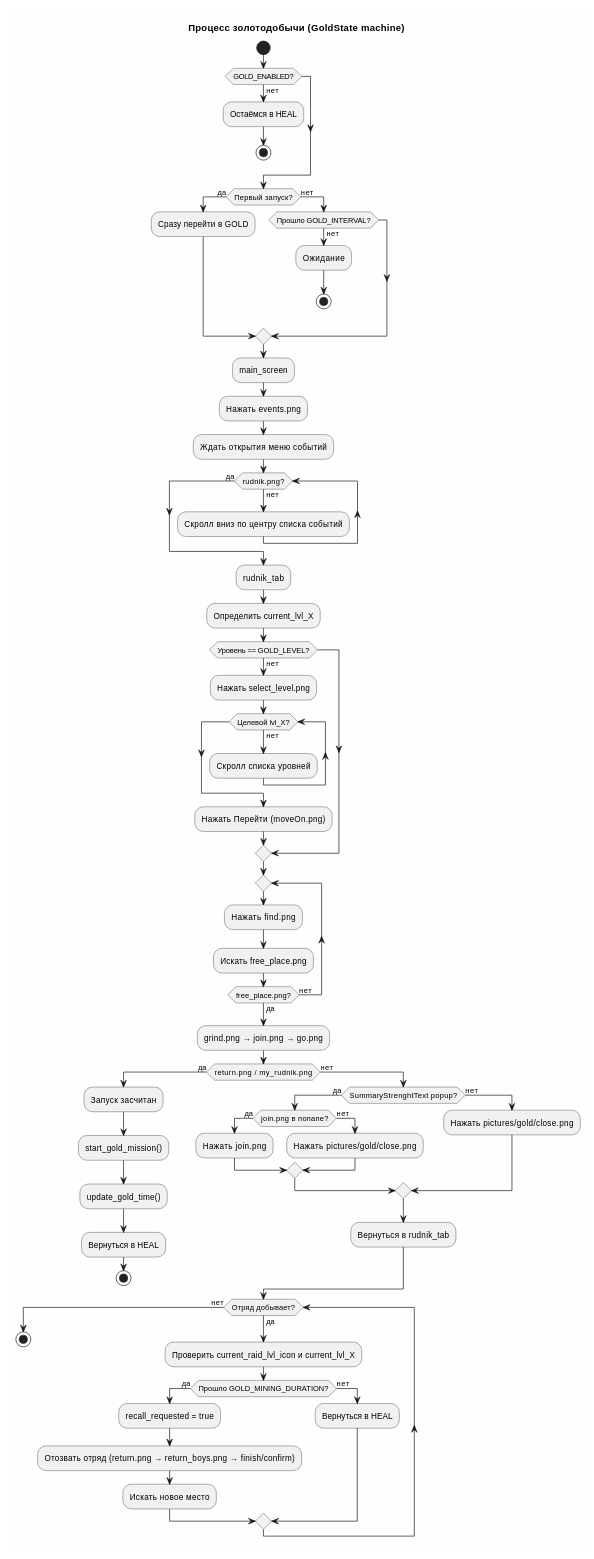
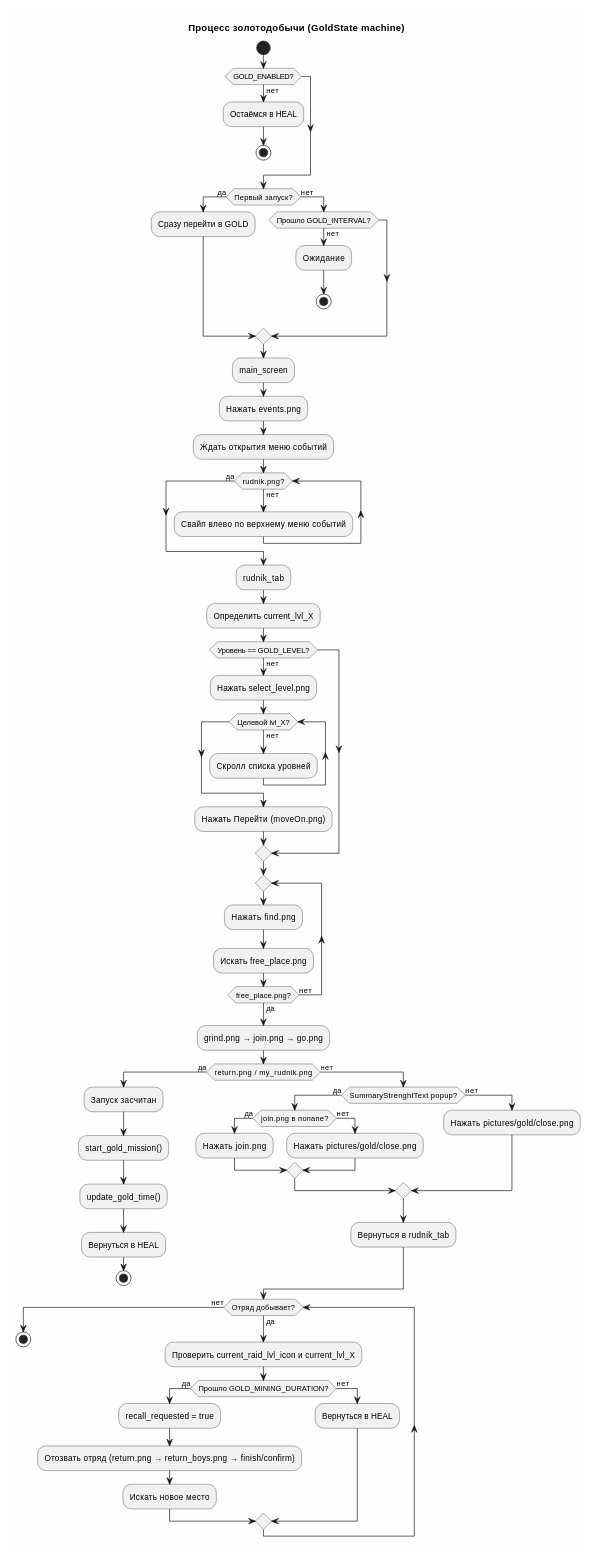
The fifth of 5 diagrams in README.md (Skoromolov/TilesSurvive), drawn with PlantUML before and after one commit. The commit also changed other lines of this file and 1 other file, not shown here.

Commit message:
fix: events navigation - swipe left then right in top menu instead of vertical scroll down

````diff
--- a/README.md
+++ b/README.md
@@ -367,81 +367,81 @@
 ```plantuml
 @startuml
 skinparam backgroundColor #FEFEFE
 title Процесс золотодобычи (GoldState machine)
 
 start
 
 if (GOLD_ENABLED?) then (нет)
   :Остаёмся в HEAL;
   stop
 endif
 
 if (Первый запуск?) then (да)
   :Сразу перейти в GOLD;
 else (нет)
   if (Прошло GOLD_INTERVAL?) then (нет)
     :Ожидание;
     stop
   endif
 endif
 
 :main_screen;
 :Нажать events.png;
 :Ждать открытия меню событий;
 
 while (rudnik.png?) is (нет)
-  :Скролл вниз по центру списка событий;
+  :Свайп влево по верхнему меню событий;
 endwhile (да)
 
 :rudnik_tab;
 :Определить current_lvl_X;
 
 if (Уровень == GOLD_LEVEL?) then (нет)
   :Нажать select_level.png;
   while (Целевой lvl_X?) is (нет)
     :Скролл списка уровней;
   endwhile
   :Нажать Перейти (moveOn.png);
 endif
 
 repeat
   :Нажать find.png;
   :Искать free_place.png;
 repeat while (free_place.png?) is (нет) not (да)
 
 :grind.png → join.png → go.png;
 
 if (return.png / my_rudnik.png) then (да)
   :Запуск засчитан;
   :start_gold_mission();
   :update_gold_time();
   :Вернуться в HEAL;
   stop
 else (нет)
   if (SummaryStrenghtText popup?) then (да)
     if (join.png в попапе?) then (да)
       :Нажать join.png;
     else (нет)
       :Нажать pictures/gold/close.png;
     endif
   else (нет)
     :Нажать pictures/gold/close.png;
   endif
   :Вернуться в rudnik_tab;
 endif
 
 while (Отряд добывает?) is (да)
   :Проверить current_raid_lvl_icon и current_lvl_X;
   if (Прошло GOLD_MINING_DURATION?) then (да)
     :recall_requested = true;
     :Отозвать отряд (return.png → return_boys.png → finish/confirm);
     :Искать новое место;
   else (нет)
     :Вернуться в HEAL;
   endif
 endwhile (нет)
 
 stop
 
 @enduml
 ```
````
